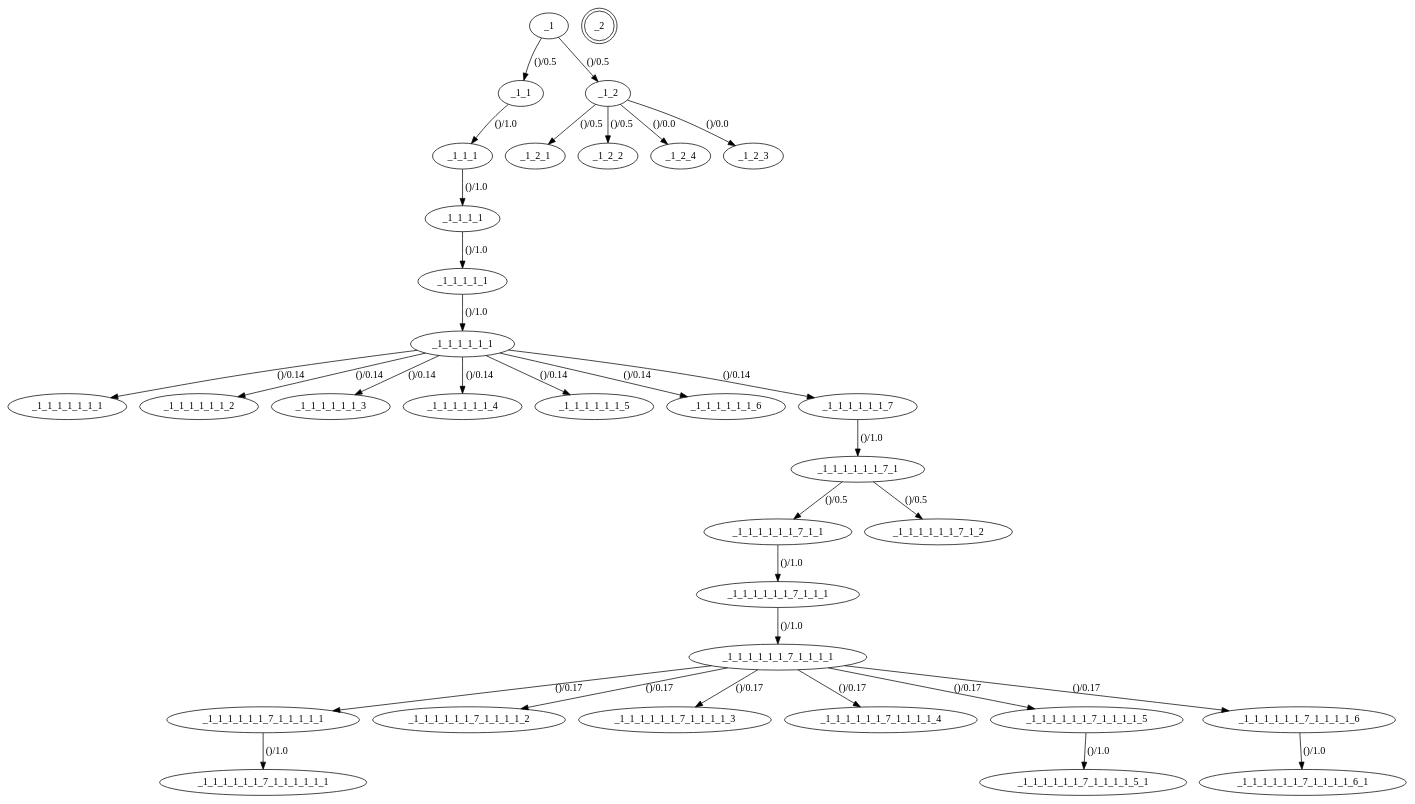
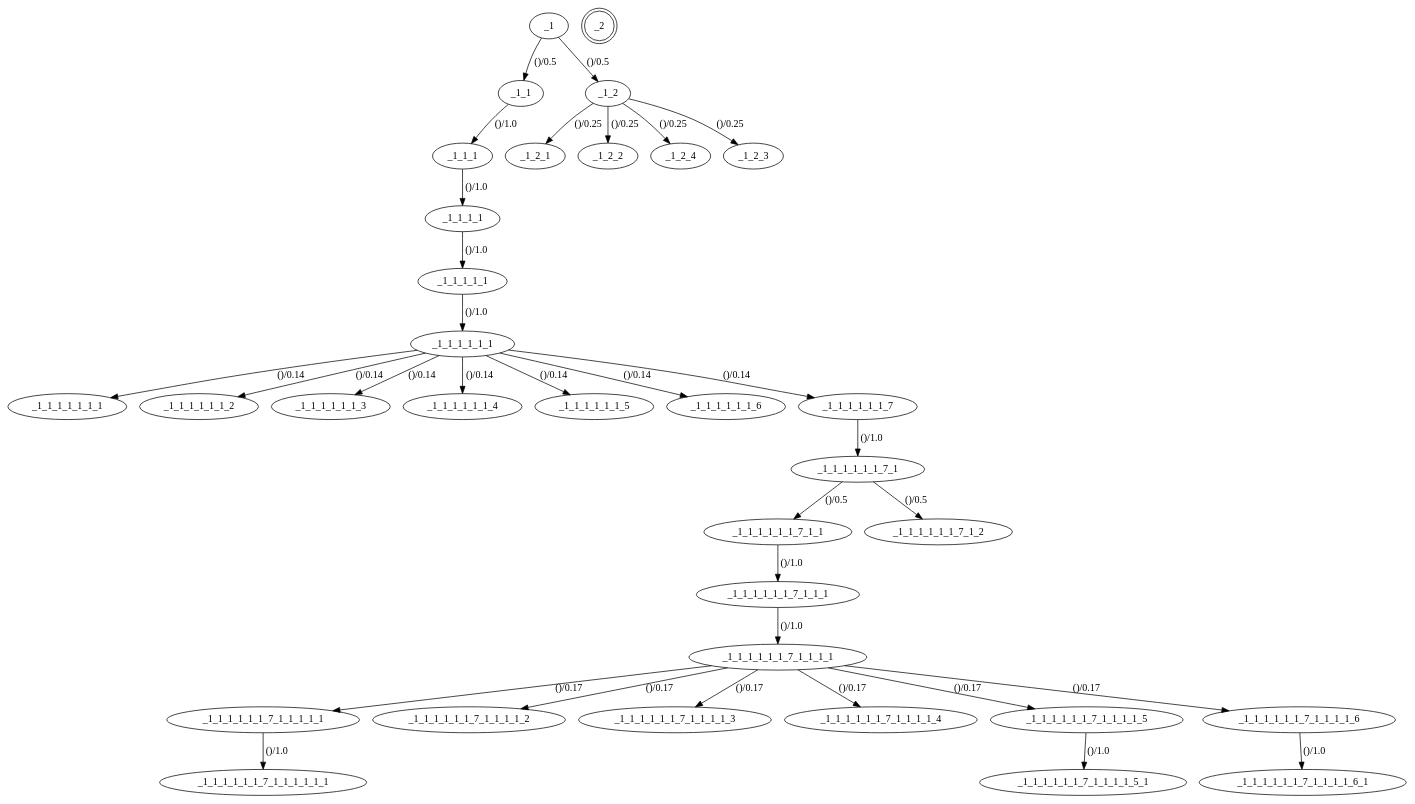
One commit to helttu/slideco-tests changed the diagram in qauto_deco/pagemodel/structure.gv. Above: the diagram before and after it, drawn with Graphviz. The commit also changed 25 other files, not shown here.

```diff
--- a/qauto_deco/pagemodel/structure.gv
+++ b/qauto_deco/pagemodel/structure.gv
@@ -1,68 +1,68 @@
 digraph default_model {
 //States
 _1
 _1_1_1
 _1_1
 _1_1_1_1
 _1_1_1_1_1
 _1_1_1_1_1_1
 _1_1_1_1_1_1_1
 _1_1_1_1_1_1_2
 _1_1_1_1_1_1_3
 _1_1_1_1_1_1_4
 _1_1_1_1_1_1_5
 _1_1_1_1_1_1_6
 _1_1_1_1_1_1_7
 _1_1_1_1_1_1_7_1
 _1_1_1_1_1_1_7_1_1
 _1_1_1_1_1_1_7_1_1_1
 _1_1_1_1_1_1_7_1_1_1_1
 _1_1_1_1_1_1_7_1_1_1_1_1
 _1_1_1_1_1_1_7_1_1_1_1_2
 _1_1_1_1_1_1_7_1_1_1_1_3
 _1_1_1_1_1_1_7_1_1_1_1_4
 _1_1_1_1_1_1_7_1_1_1_1_5
 _1_1_1_1_1_1_7_1_1_1_1_5_1
 _1_1_1_1_1_1_7_1_2
 _1_2
 _1_2_1
 _1_2_2
 _1_1_1_1_1_1_7_1_1_1_1_1_1
 _1_1_1_1_1_1_7_1_1_1_1_6
 _1_1_1_1_1_1_7_1_1_1_1_6_1
 _1_2_4
 _1_2_3
 _2[shape = "doublecircle"]
 //Transitions
 _1 -> _1_1[ label = "()/0.5", probability = "0.5", set_guard = "(u'', u'')", check_guard = "(u'', u'')", edge_id = "fc549930-c01f-11e5-bdbc-a94980e8de8d"]
 _1_1 -> _1_1_1[ label = "()/1.0", probability = "1.0", set_guard = "(u'', u'')", check_guard = "(u'', u'')", edge_id = "fe4879ee-c01f-11e5-8b18-a94980e8de8d"]
 _1_1_1 -> _1_1_1_1[ label = "()/1.0", probability = "1.0", set_guard = "(u'', u'')", check_guard = "(u'', u'')", edge_id = "ac323121-c02d-11e5-8503-a94980e8de8d"]
 _1_1_1_1 -> _1_1_1_1_1[ label = "()/1.0", probability = "1.0", set_guard = "(u'', u'')", check_guard = "(u'', u'')", edge_id = "2e873671-c02e-11e5-a260-a94980e8de8d"]
 _1_1_1_1_1 -> _1_1_1_1_1_1[ label = "()/1.0", probability = "1.0", set_guard = "(u'', u'')", check_guard = "(u'', u'')", edge_id = "fa83d631-c032-11e5-aabc-a94980e8de8d"]
 _1_1_1_1_1_1 -> _1_1_1_1_1_1_1[ label = "()/0.14", probability = "0.142857142857", set_guard = "(u'', u'')", check_guard = "(u'', u'')", edge_id = "8bbcdc9f-c038-11e5-88a6-a94980e8de8d"]
 _1_1_1_1_1_1 -> _1_1_1_1_1_1_2[ label = "()/0.14", probability = "0.142857142857", set_guard = "(u'', u'')", check_guard = "(u'', u'')", edge_id = "e2cac7ef-c038-11e5-b7d3-a94980e8de8d"]
 _1_1_1_1_1_1 -> _1_1_1_1_1_1_3[ label = "()/0.14", probability = "0.142857142857", set_guard = "(u'', u'')", check_guard = "(u'', u'')", edge_id = "0b82f9ae-c039-11e5-b3ff-a94980e8de8d"]
 _1_1_1_1_1_1 -> _1_1_1_1_1_1_4[ label = "()/0.14", probability = "0.142857142857", set_guard = "(u'', u'')", check_guard = "(u'', u'')", edge_id = "3bceb6e2-c039-11e5-9122-a94980e8de8d"]
 _1_1_1_1_1_1 -> _1_1_1_1_1_1_5[ label = "()/0.14", probability = "0.142857142857", set_guard = "(u'', u'')", check_guard = "(u'', u'')", edge_id = "fdcfa1a1-c039-11e5-8b14-a94980e8de8d"]
 _1_1_1_1_1_1 -> _1_1_1_1_1_1_6[ label = "()/0.14", probability = "0.142857142857", set_guard = "(u'', u'')", check_guard = "(u'', u'')", edge_id = "ff775e30-c039-11e5-93ba-a94980e8de8d"]
 _1_1_1_1_1_1 -> _1_1_1_1_1_1_7[ label = "()/0.14", probability = "0.142857142857", set_guard = "(u'', u'')", check_guard = "(u'', u'')", edge_id = "01636f5f-c03d-11e5-94c1-a94980e8de8d"]
 _1_1_1_1_1_1_7 -> _1_1_1_1_1_1_7_1[ label = "()/1.0", probability = "1.0", set_guard = "(u'', u'')", check_guard = "(u'', u'')", edge_id = "63c5beb1-c03d-11e5-986f-a94980e8de8d"]
 _1_1_1_1_1_1_7_1 -> _1_1_1_1_1_1_7_1_1[ label = "()/0.5", probability = "0.5", set_guard = "(u'', u'')", check_guard = "(u'', u'')", edge_id = "81ed66c1-c03f-11e5-b923-a94980e8de8d"]
 _1_1_1_1_1_1_7_1_1 -> _1_1_1_1_1_1_7_1_1_1[ label = "()/1.0", probability = "1.0", set_guard = "(u'', u'')", check_guard = "(u'', u'')", edge_id = "80083690-c040-11e5-a873-a94980e8de8d"]
 _1_1_1_1_1_1_7_1_1_1 -> _1_1_1_1_1_1_7_1_1_1_1[ label = "()/1.0", probability = "1.0", set_guard = "(u'', u'')", check_guard = "(u'', u'')", edge_id = "110f70e2-c041-11e5-8143-a94980e8de8d"]
 _1_1_1_1_1_1_7_1_1_1_1 -> _1_1_1_1_1_1_7_1_1_1_1_1[ label = "()/0.17", probability = "0.166666666667", set_guard = "(u'', u'')", check_guard = "(u'', u'')", edge_id = "cb99f522-c041-11e5-8451-a94980e8de8d"]
 _1_1_1_1_1_1_7_1_1_1_1 -> _1_1_1_1_1_1_7_1_1_1_1_2[ label = "()/0.17", probability = "0.166666666667", set_guard = "(u'', u'')", check_guard = "(u'', u'')", edge_id = "018954a1-c042-11e5-88d0-a94980e8de8d"]
 _1_1_1_1_1_1_7_1_1_1_1 -> _1_1_1_1_1_1_7_1_1_1_1_3[ label = "()/0.17", probability = "0.166666666667", set_guard = "(u'', u'')", check_guard = "(u'', u'')", edge_id = "2f99eede-c042-11e5-a975-a94980e8de8d"]
 _1_1_1_1_1_1_7_1_1_1_1 -> _1_1_1_1_1_1_7_1_1_1_1_4[ label = "()/0.17", probability = "0.166666666667", set_guard = "(u'', u'')", check_guard = "(u'', u'')", edge_id = "59dcb841-c042-11e5-a3d8-a94980e8de8d"]
 _1_1_1_1_1_1_7_1_1_1_1 -> _1_1_1_1_1_1_7_1_1_1_1_5[ label = "()/0.17", probability = "0.166666666667", set_guard = "(u'', u'')", check_guard = "(u'', u'')", edge_id = "9ddb07e2-c042-11e5-a824-a94980e8de8d"]
 _1_1_1_1_1_1_7_1_1_1_1_5 -> _1_1_1_1_1_1_7_1_1_1_1_5_1[ label = "()/1.0", probability = "1.0", set_guard = "(u'', u'')", check_guard = "(u'', u'')", edge_id = "a6ca075e-c0c0-11e5-bbbb-a94980e8de8d"]
 _1_1_1_1_1_1_7_1 -> _1_1_1_1_1_1_7_1_2[ label = "()/0.5", probability = "0.5", set_guard = "(u'', u'')", check_guard = "(u'', u'')", edge_id = "90f4aa10-c0c2-11e5-9162-a94980e8de8d"]
-_1_2 -> _1_2_1[ label = "()/0.5", probability = "0.5", set_guard = "(u'', u'')", check_guard = "(u'', u'')", edge_id = "b18e8770-c5a2-11e5-922c-2c600cd4c6d7"]
+_1_2 -> _1_2_1[ label = "()/0.25", probability = "0.25", set_guard = "(u'', u'')", check_guard = "(u'', u'')", edge_id = "b18e8770-c5a2-11e5-922c-2c600cd4c6d7"]
 _1_1_1_1_1_1_7_1_1_1_1_1 -> _1_1_1_1_1_1_7_1_1_1_1_1_1[ label = "()/1.0", probability = "1.0", set_guard = "(u'', u'')", check_guard = "(u'', u'')", edge_id = "2f5d7d41-c8b5-11e5-b5b1-00247e035201"]
 _1_1_1_1_1_1_7_1_1_1_1 -> _1_1_1_1_1_1_7_1_1_1_1_6[ label = "()/0.17", probability = "0.166666666667", set_guard = "(u'', u'')", check_guard = "(u'', u'')", edge_id = "63b998ef-c8bd-11e5-b359-00247e035201"]
 _1_1_1_1_1_1_7_1_1_1_1_6 -> _1_1_1_1_1_1_7_1_1_1_1_6_1[ label = "()/1.0", probability = "1.0", set_guard = "(u'', u'')", check_guard = "(u'', u'')", edge_id = "b40472c1-c8be-11e5-b9d2-00247e035201"]
 _1 -> _1_2[ label = "()/0.5", probability = "0.5", set_guard = "(u'', u'')", check_guard = "(u'', u'')", edge_id = "d7b9c1e1-c975-11e5-b0eb-a94980e8de8d"]
-_1_2 -> _1_2_2[ label = "()/0.5", probability = "0.5", set_guard = "(u'', u'')", check_guard = "(u'', u'')", edge_id = "dfcd2bb0-c975-11e5-99fe-a94980e8de8d"]
-_1_2 -> _1_2_3[ label = "()/0.0", probability = "0.0", set_guard = "('', '')", check_guard = "('', '')", edge_id = "452f3561-cc06-11e5-b6e7-2c600cd4c6d7"]
-_1_2 -> _1_2_4[ label = "()/0.0", probability = "0.0", set_guard = "('', '')", check_guard = "('', '')", edge_id = "4f354770-cc06-11e5-a75f-2c600cd4c6d7"]
+_1_2 -> _1_2_2[ label = "()/0.25", probability = "0.25", set_guard = "(u'', u'')", check_guard = "(u'', u'')", edge_id = "dfcd2bb0-c975-11e5-99fe-a94980e8de8d"]
+_1_2 -> _1_2_3[ label = "()/0.25", probability = "0.25", set_guard = "(u'', u'')", check_guard = "(u'', u'')", edge_id = "452f3561-cc06-11e5-b6e7-2c600cd4c6d7"]
+_1_2 -> _1_2_4[ label = "()/0.25", probability = "0.25", set_guard = "(u'', u'')", check_guard = "(u'', u'')", edge_id = "4f354770-cc06-11e5-a75f-2c600cd4c6d7"]
 }
```
